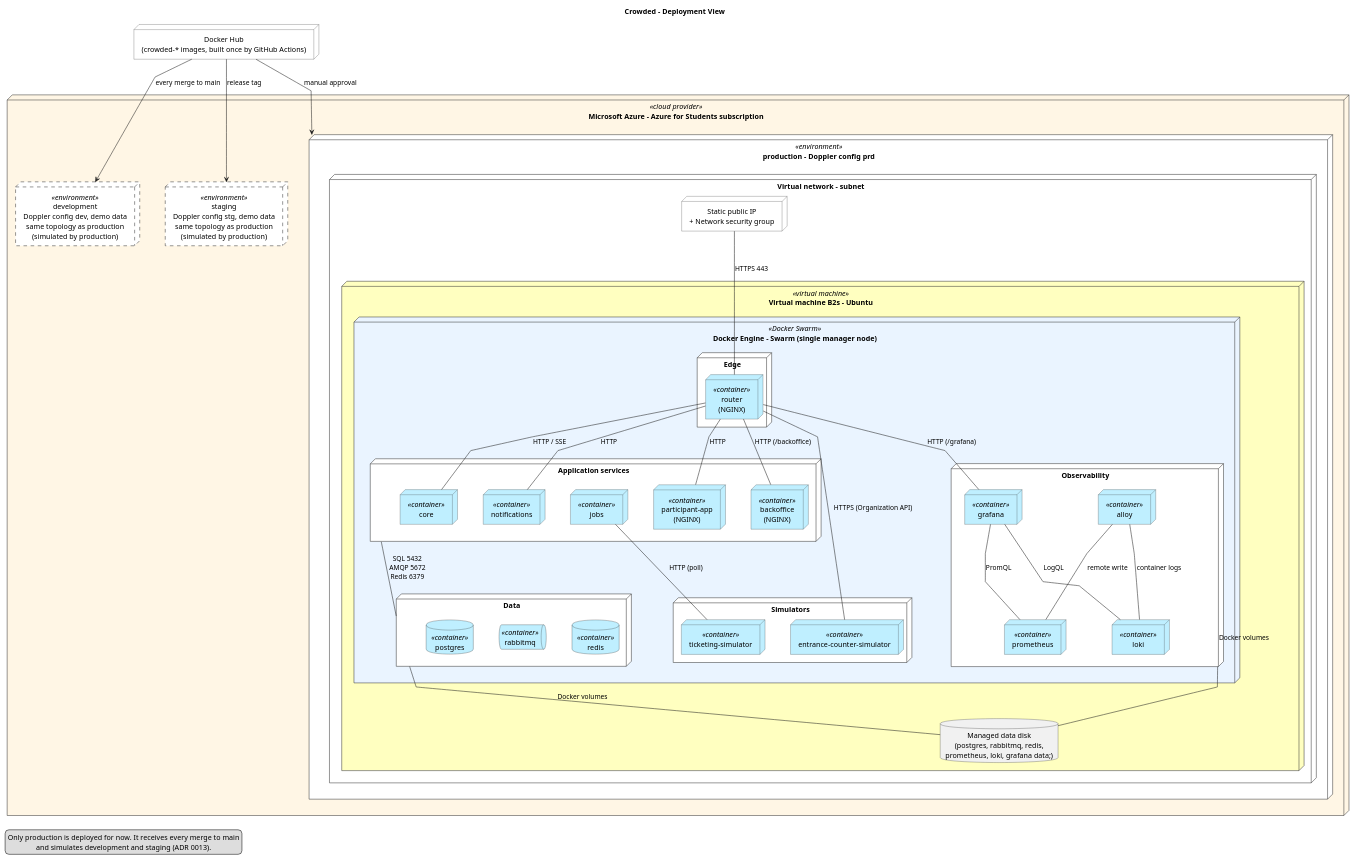
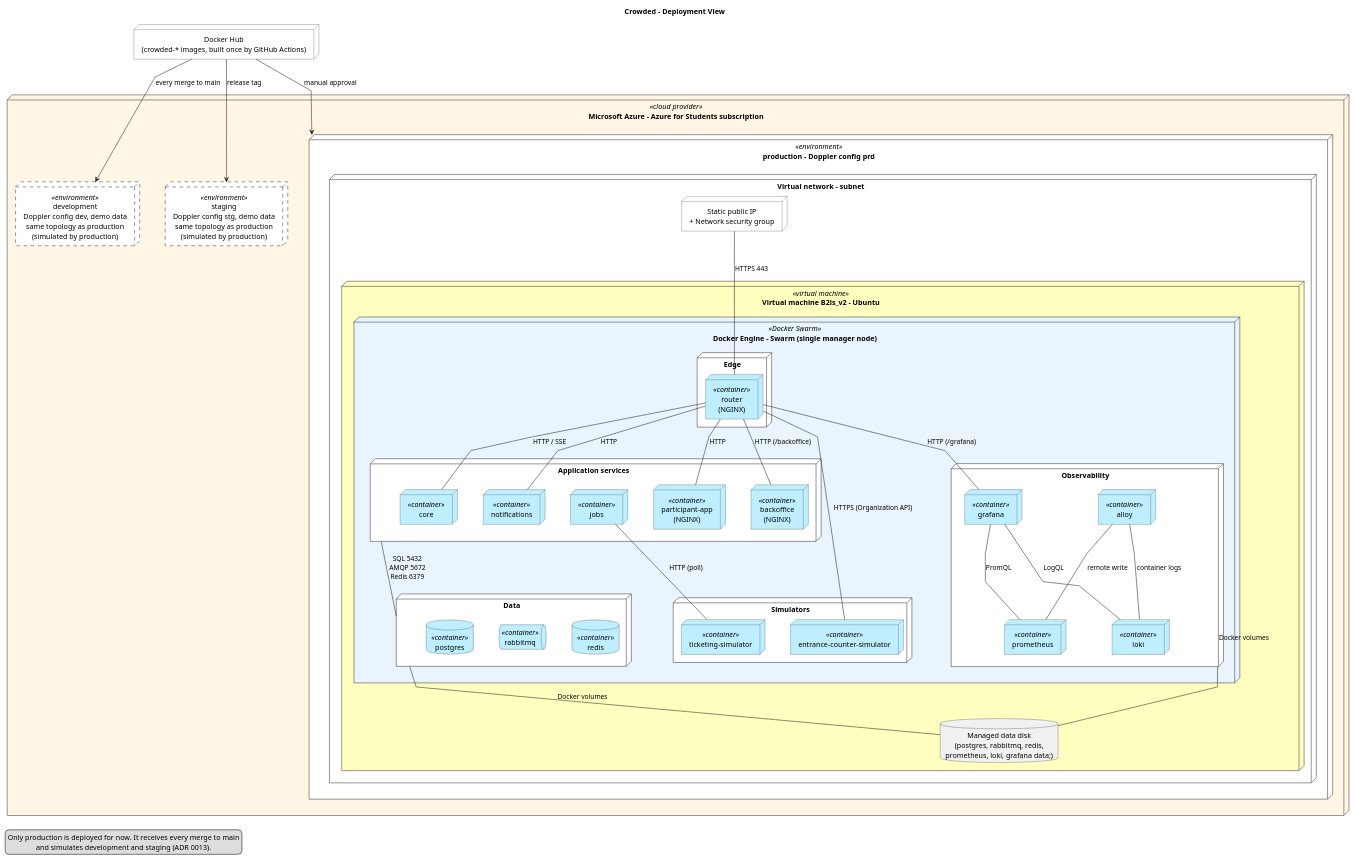
One commit to andrereis26/crowded-labdsof changed the diagram in docs/deliverables/diagrams/deployment-view.puml. Above: the diagram before and after it, drawn with PlantUML. The commit also changed 25 other files, not shown here.

```diff
--- a/docs/deliverables/diagrams/deployment-view.puml
+++ b/docs/deliverables/diagrams/deployment-view.puml
@@ -1,134 +1,134 @@
 @startuml deployment-view
 ' Crowded - Deployment View
 ' Three environments (development, staging, production), each one Azure VM
 ' running a single-node Docker Swarm, provisioned with OpenTofu. Production is
 ' shown in full; development and staging are copies of it. In practice only
-' production is deployed and simulates the other two (ADR 0013).
+' production is deployed and simulates the other two (ADR 0013, ADR 0014).
 ' Shows only Crowded's own runtime; external systems are in the logical view.
 ' Sources: logical-view-level-2.puml, requirements.md (NFR-010..NFR-016, SR-008)
 
 title Crowded - Deployment View
 
 skinparam shadowing false
 skinparam linetype polyline
 skinparam nodesep 50
 skinparam ranksep 70
 skinparam defaultTextAlignment center
 
 skinparam node {
   BackgroundColor #FFFFFF
   BorderColor #333333
   BackgroundColor<<cloud provider>> #FFF6E5
   BackgroundColor<<virtual machine>> #FFFFC0
   BackgroundColor<<Docker Swarm>> #EAF4FF
   BackgroundColor<<container>> #BFEFFF
   BackgroundColor<<environment>> #FFFFFF
 }
 skinparam database {
   BackgroundColor<<container>> #BFEFFF
 }
 skinparam queue {
   BackgroundColor<<container>> #BFEFFF
 }
 
 ' ---------------------------------------------------------------------
 ' Azure
 ' ---------------------------------------------------------------------
 node "Docker Hub\n(crowded-* images, built once by GitHub Actions)" as Registry
 
 node "Microsoft Azure - Azure for Students subscription" <<cloud provider>> as Azure {
 
   node "development\nDoppler config dev, demo data\nsame topology as production\n(simulated by production)" <<environment>> as Dev #line.dashed
 
   node "staging\nDoppler config stg, demo data\nsame topology as production\n(simulated by production)" <<environment>> as Stg #line.dashed
 
   node "production - Doppler config prd" <<environment>> as Prod {
 
     node "Virtual network - subnet" as VNet {
 
       node "Static public IP\n+ Network security group" as PublicIP
 
-      node "Virtual machine B2s - Ubuntu" <<virtual machine>> as VM {
+      node "Virtual machine B2ls_v2 - Ubuntu" <<virtual machine>> as VM {
 
         node "Docker Engine - Swarm (single manager node)" <<Docker Swarm>> as Swarm {
 
           node "Edge" as EdgeGroup {
             node "router\n(NGINX)" <<container>> as Nginx
           }
 
           node "Application services" as AppGroup {
             node "core" <<container>> as Core
             node "notifications" <<container>> as Notifications
             node "jobs" <<container>> as Jobs
             node "participant-app\n(NGINX)" <<container>> as ParticipantApp
             node "backoffice\n(NGINX)" <<container>> as Backoffice
           }
 
           node "Simulators" as SimGroup {
             node "ticketing-simulator" <<container>> as TicketingSim
             node "entrance-counter-simulator" <<container>> as CounterSim
           }
 
           node "Data" as DataGroup {
             database "postgres" <<container>> as Postgres
             queue "rabbitmq" <<container>> as RabbitMQ
             database "redis" <<container>> as Redis
           }
 
           node "Observability" as ObsGroup {
             node "prometheus" <<container>> as Prometheus
             node "loki" <<container>> as Loki
             node "alloy" <<container>> as Alloy
             node "grafana" <<container>> as Grafana
           }
         }
 
         database "Managed data disk\n(postgres, rabbitmq, redis,\nprometheus, loki, grafana data;)" as Disk
       }
     }
   }
 }
 
 ' ---------------------------------------------------------------------
 ' Runtime communication
 ' Group-level links keep the view readable; which service uses which
 ' store is shown in the logical view.
 ' ---------------------------------------------------------------------
 PublicIP -down- Nginx : HTTPS 443
 
 Nginx -down- Core : HTTP / SSE
 Nginx -down- Notifications : HTTP
 Nginx -down- ParticipantApp : HTTP
 Nginx -down- Backoffice : HTTP (/backoffice)
 Nginx -down- Grafana : HTTP (/grafana)
 
 AppGroup -down- DataGroup : SQL 5432\nAMQP 5672\nRedis 6379
 Jobs -down- TicketingSim : HTTP (poll)
 Nginx -down-- CounterSim : HTTPS (Organization API)
 
 ' --- Observability
 Grafana -down- Prometheus : PromQL
 Grafana -down- Loki : LogQL
 Alloy -down- Loki : container logs
 Alloy -down- Prometheus : remote write
 
 ' --- Layout: data stores side by side
 Postgres -[hidden]right- RabbitMQ
 RabbitMQ -[hidden]right- Redis
 
 ' --- Promotion: the same images move up, never rebuilt
 Registry -down-> Dev : every merge to main
 Registry -down-> Stg : release tag
 Registry -down-> Prod : manual approval
 Dev -[hidden]right- Stg
 
 legend bottom left
   Only production is deployed for now. It receives every merge to main
   and simulates development and staging (ADR 0013).
 endlegend
 
 ' --- Storage
 DataGroup -down- Disk : Docker volumes
 ObsGroup -down- Disk : Docker volumes
 
 @enduml
```
